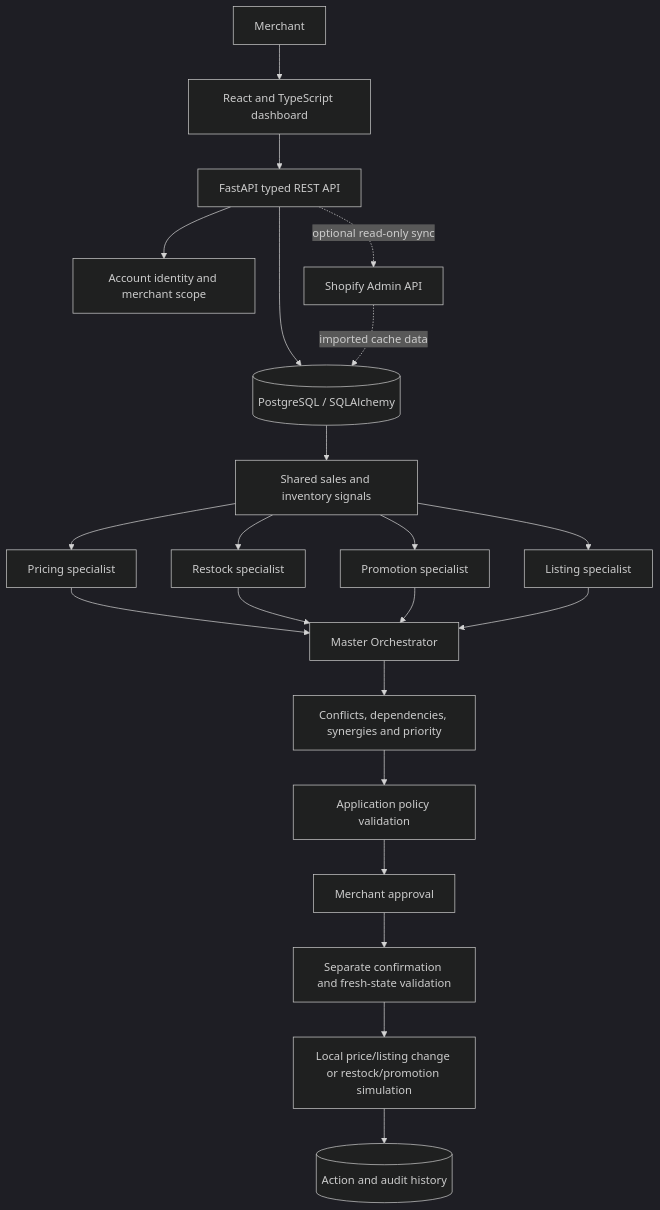
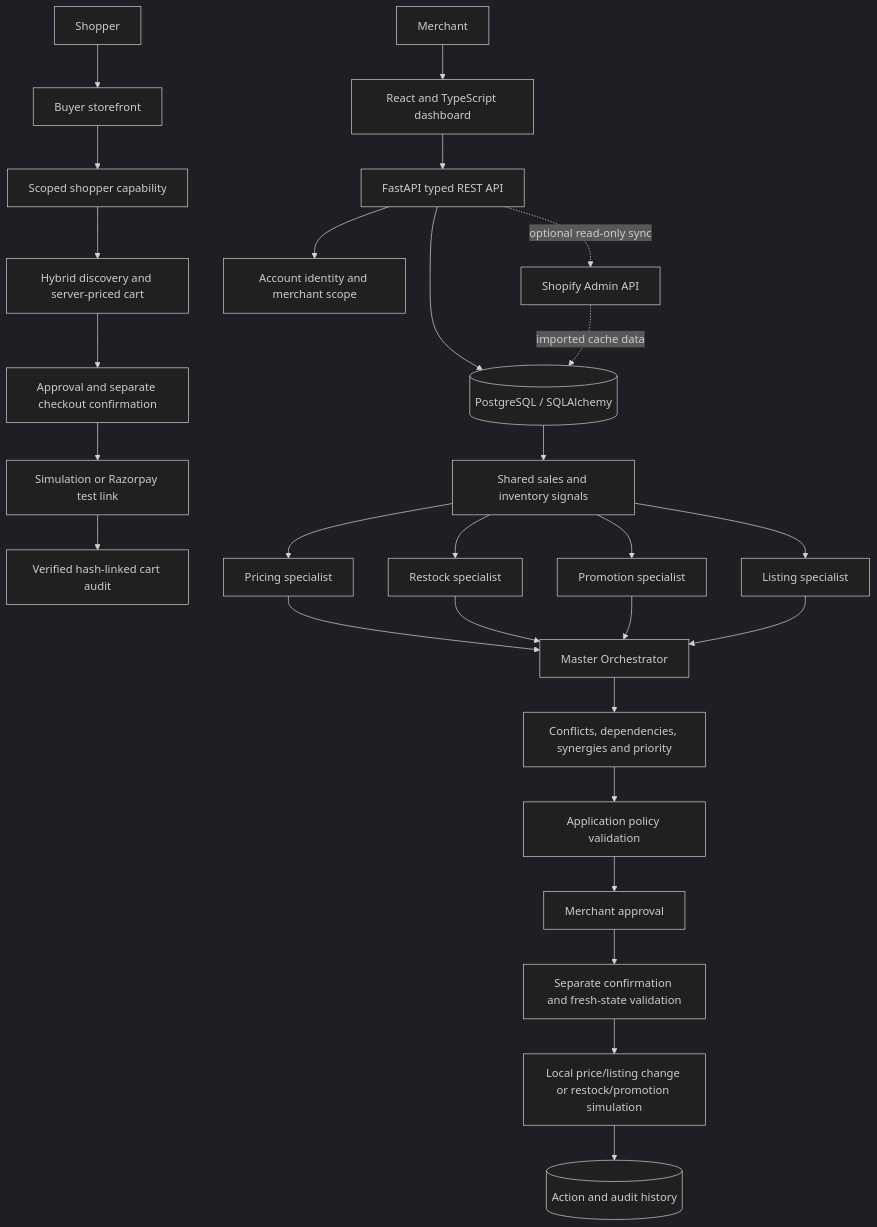
One commit to Priyanshuraj0909/CartPilot changed the diagram in README.md. Above: the diagram before and after it, drawn with Mermaid (dark theme). The commit also changed other lines of this file and 19 other files, not shown here.

Commit message:
docs: document buyer commerce setup and verified release evidence

````diff
--- a/README.md
+++ b/README.md
@@ -82,24 +111,30 @@
 ```mermaid
 flowchart TD
+    B[Shopper] --> SHOPUI[Buyer storefront]
+    SHOPUI --> CAP[Scoped shopper capability]
+    CAP --> REC[Hybrid discovery and server-priced cart]
+    REC --> APPROVE[Approval and separate checkout confirmation]
+    APPROVE --> TEST[Simulation or Razorpay test link]
+    TEST --> CHAIN[Verified hash-linked cart audit]
     M[Merchant] --> UI[React and TypeScript dashboard]
     UI --> API[FastAPI typed REST API]
     API --> AUTH[Account identity and merchant scope]
     API --> DB[(PostgreSQL / SQLAlchemy)]
     DB --> SIG[Shared sales and inventory signals]
     SIG --> P[Pricing specialist]
     SIG --> R[Restock specialist]
     SIG --> C[Promotion specialist]
     SIG --> L[Listing specialist]
     P --> O[Master Orchestrator]
     R --> O
     C --> O
     L --> O
     O --> X[Conflicts, dependencies, synergies and priority]
     X --> V[Application policy validation]
     V --> H[Merchant approval]
     H --> F[Separate confirmation and fresh-state validation]
     F --> E[Local price/listing change or restock/promotion simulation]
     E --> AUD[(Action and audit history)]
     API -. optional read-only sync .-> SHOP[Shopify Admin API]
     SHOP -. imported cache data .-> DB
 ```
````
